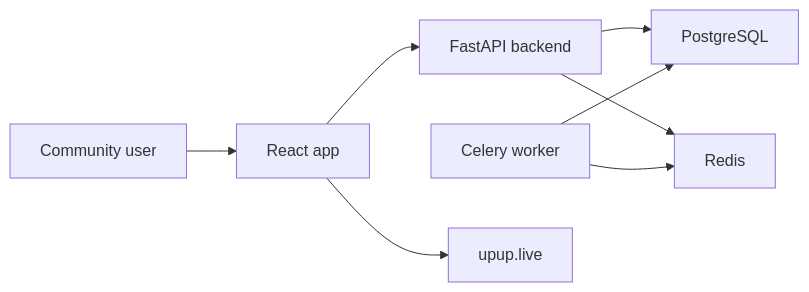
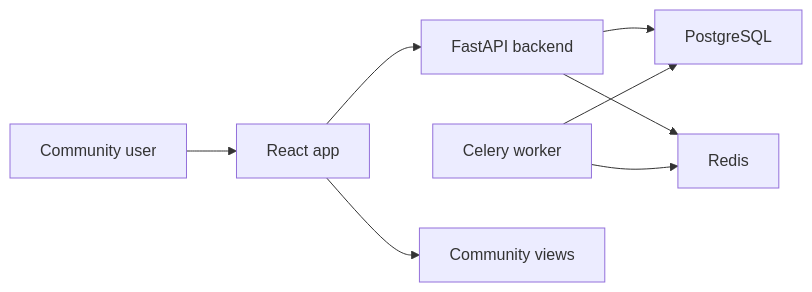
Before and after one commit to jinjinwa/upup-review-assistant: the first of 5 diagrams in docs/architecture.md, drawn with Mermaid. The commit also changed other lines of this file and 32 other files, not shown here.

````diff
--- a/docs/architecture.md
+++ b/docs/architecture.md
@@ -5,10 +5,10 @@
 ```mermaid
 flowchart LR
   User["Community user"] --> Frontend["React app"]
   Frontend --> API["FastAPI backend"]
   API --> DB["PostgreSQL"]
   API --> Redis["Redis"]
   Worker["Celery worker"] --> Redis
   Worker --> DB
-  Frontend --> CTA["upup.live"]
+  Frontend --> Views["Community views"]
 ```
````
